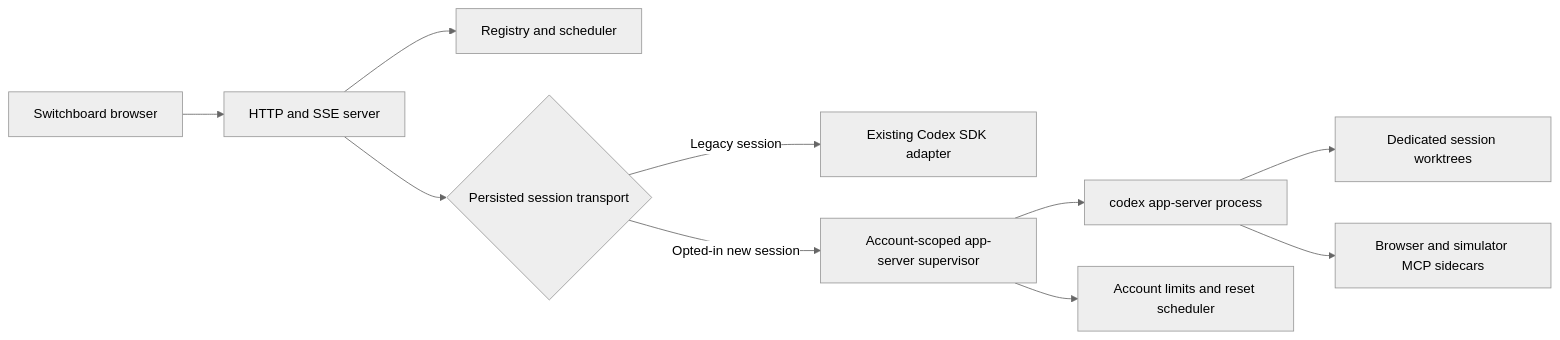
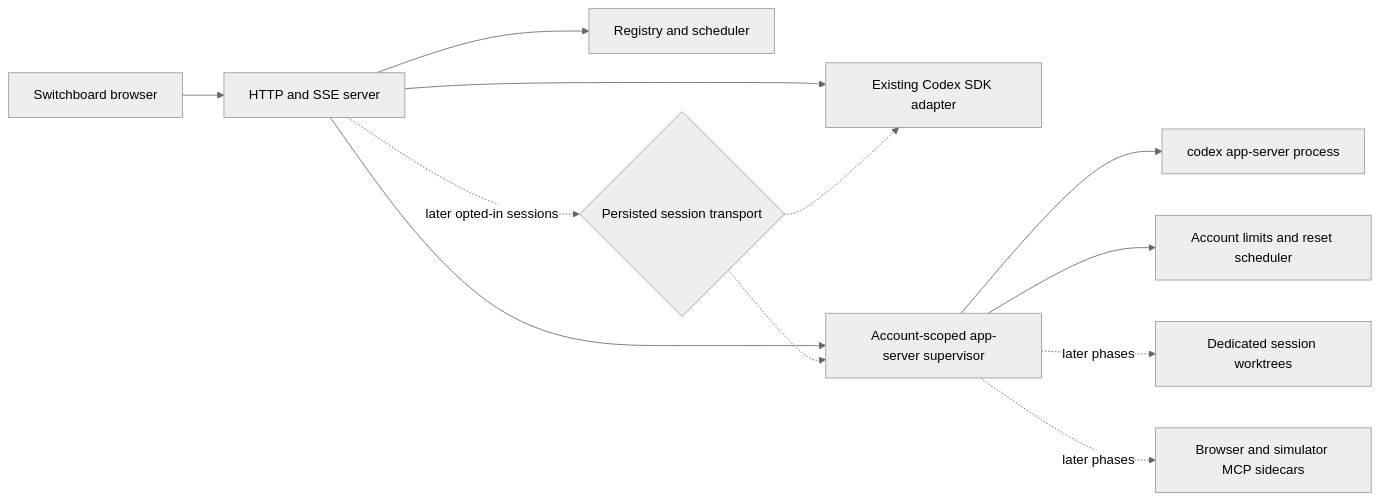
Before and after one commit to dmbritton1/Switchboard: the first of 2 diagrams in docs/superpowers/specs/2026-08-11-codex-app-server-parity-design.md, drawn with Mermaid (neutral theme). The commit also changed other lines of this file, not shown here.

Commit message:
docs: land Codex telemetry before transport

````diff
--- a/docs/superpowers/specs/2026-08-11-codex-app-server-parity-design.md
+++ b/docs/superpowers/specs/2026-08-11-codex-app-server-parity-design.md
@@ -80,12 +108,14 @@
 ```mermaid
 flowchart LR
     UI["Switchboard browser"] --> HTTP["HTTP and SSE server"]
     HTTP --> REG["Registry and scheduler"]
-    HTTP --> ROUTE{"Persisted session transport"}
-    ROUTE -->|"Legacy session"| SDK["Existing Codex SDK adapter"]
-    ROUTE -->|"Opted-in new session"| SUP["Account-scoped app-server supervisor"]
+    HTTP --> SDK["Existing Codex SDK adapter"]
+    HTTP --> SUP["Account-scoped app-server supervisor"]
     SUP --> CODEX["codex app-server process"]
-    CODEX --> WT["Dedicated session worktrees"]
-    CODEX --> MCP["Browser and simulator MCP sidecars"]
     SUP --> LIMITS["Account limits and reset scheduler"]
+    HTTP -. "later opted-in sessions" .-> ROUTE{"Persisted session transport"}
+    ROUTE -.-> SDK
+    ROUTE -.-> SUP
+    SUP -. "later phases" .-> WT["Dedicated session worktrees"]
+    SUP -. "later phases" .-> MCP["Browser and simulator MCP sidecars"]
 ```
````
